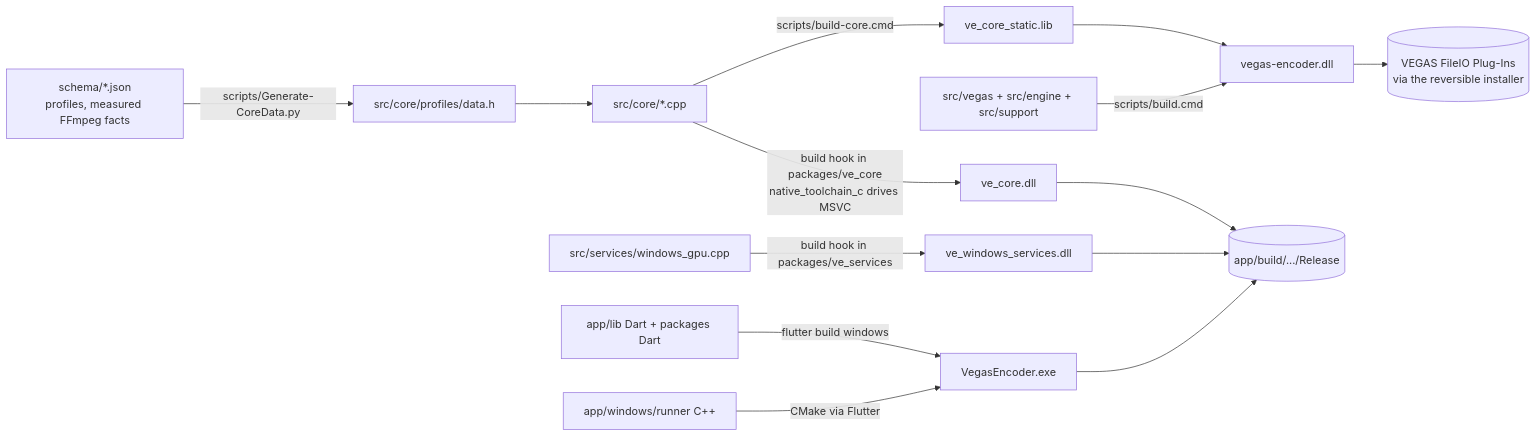
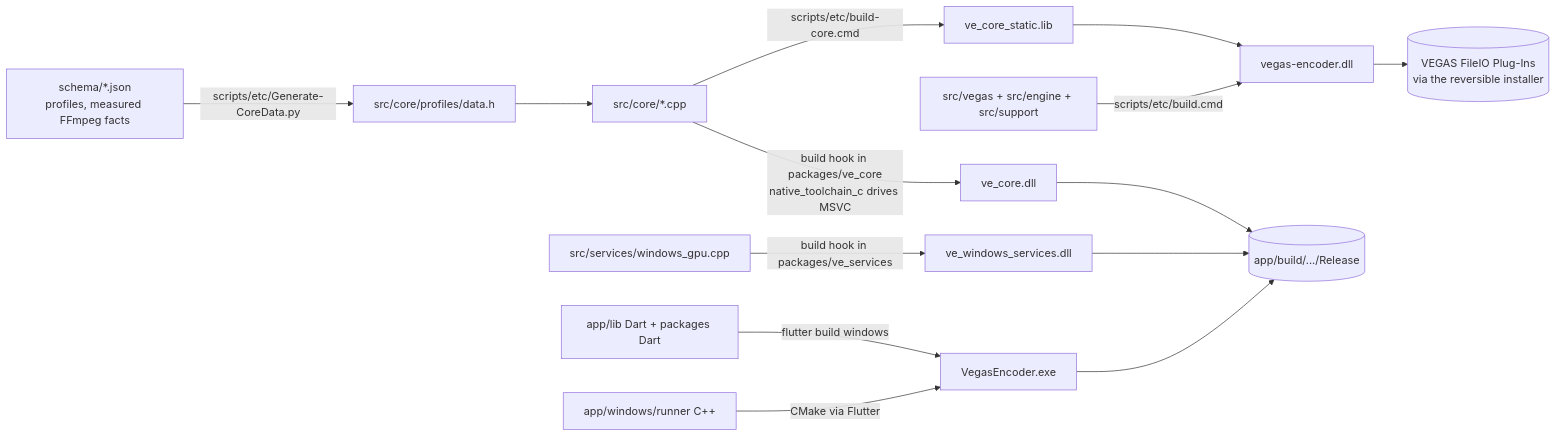
The first of 2 diagrams in docs/product/SYSTEM_OVERVIEW.md (Kidsnd274/vegas-encoder), drawn with Mermaid before and after one commit. The commit also changed other lines of this file and 127 other files, not shown here.

Commit message:
Organize supporting scripts under scripts/etc

````diff
--- a/docs/product/SYSTEM_OVERVIEW.md
+++ b/docs/product/SYSTEM_OVERVIEW.md
@@ -62,16 +62,16 @@
 ```mermaid
 flowchart LR
-    schema[schema/*.json<br/>profiles, measured FFmpeg facts] -- scripts/Generate-CoreData.py --> data[src/core/profiles/data.h]
+    schema[schema/*.json<br/>profiles, measured FFmpeg facts] -- scripts/etc/Generate-CoreData.py --> data[src/core/profiles/data.h]
     data --> core[src/core/*.cpp]
     core -- build hook in packages/ve_core<br/>native_toolchain_c drives MSVC --> dll[ve_core.dll]
-    core -- scripts/build-core.cmd --> lib[ve_core_static.lib]
+    core -- scripts/etc/build-core.cmd --> lib[ve_core_static.lib]
     gpu[src/services/windows_gpu.cpp] -- build hook in packages/ve_services --> gdll[ve_windows_services.dll]
     lib --> exp[vegas-encoder.dll]
-    vegas[src/vegas + src/engine + src/support] -- scripts/build.cmd --> exp
+    vegas[src/vegas + src/engine + src/support] -- scripts/etc/build.cmd --> exp
     app[app/lib Dart + packages Dart] -- flutter build windows --> exe[VegasEncoder.exe]
     runner[app/windows/runner C++] -- CMake via Flutter --> exe
     dll --> bundle[(app/build/.../Release)]
     gdll --> bundle
     exe --> bundle
     exp --> plugin[(VEGAS FileIO Plug-Ins<br/>via the reversible installer)]
 ```
````
